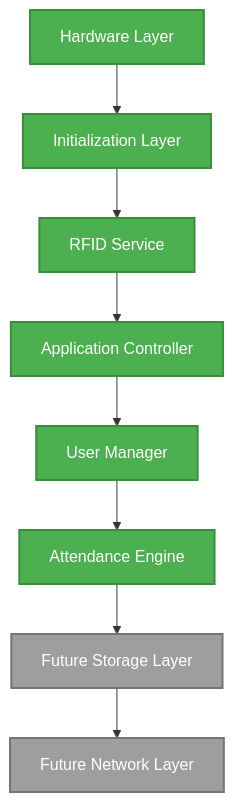
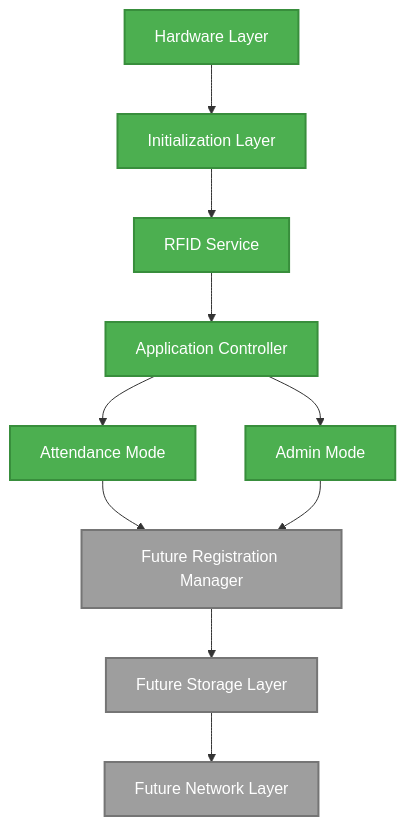
One commit to Ayaan1911/ESP32-RFID-Attendance-System changed the diagram in README.md. Above: the diagram before and after it, drawn with Mermaid. The commit also changed other lines of this file and 3 other files, not shown here.

Commit message:
Implement admin mode and RFID-based mode switching

````diff
--- a/README.md
+++ b/README.md
@@ -52,19 +55,22 @@
 ```mermaid
 graph TD
     A[Hardware Layer] --> B[Initialization Layer]
     B --> C[RFID Service]
     C --> D[Application Controller]
-    D --> E[User Manager]
-    E --> F[Attendance Engine]
-    F --> G[Future Storage Layer]
-    G --> H[Future Network Layer]
+    D --> E[Attendance Mode]
+    D --> F[Admin Mode]
+    E --> G[Future Registration Manager]
+    F --> G
+    G --> H[Future Storage Layer]
+    H --> I[Future Network Layer]
 
     style A fill:#4CAF50,stroke:#388E3C,stroke-width:2px,color:#fff
     style B fill:#4CAF50,stroke:#388E3C,stroke-width:2px,color:#fff
     style C fill:#4CAF50,stroke:#388E3C,stroke-width:2px,color:#fff
     style D fill:#4CAF50,stroke:#388E3C,stroke-width:2px,color:#fff
     style E fill:#4CAF50,stroke:#388E3C,stroke-width:2px,color:#fff
     style F fill:#4CAF50,stroke:#388E3C,stroke-width:2px,color:#fff
     style G fill:#9E9E9E,stroke:#757575,stroke-width:2px,color:#fff
     style H fill:#9E9E9E,stroke:#757575,stroke-width:2px,color:#fff
+    style I fill:#9E9E9E,stroke:#757575,stroke-width:2px,color:#fff
 ```
````
